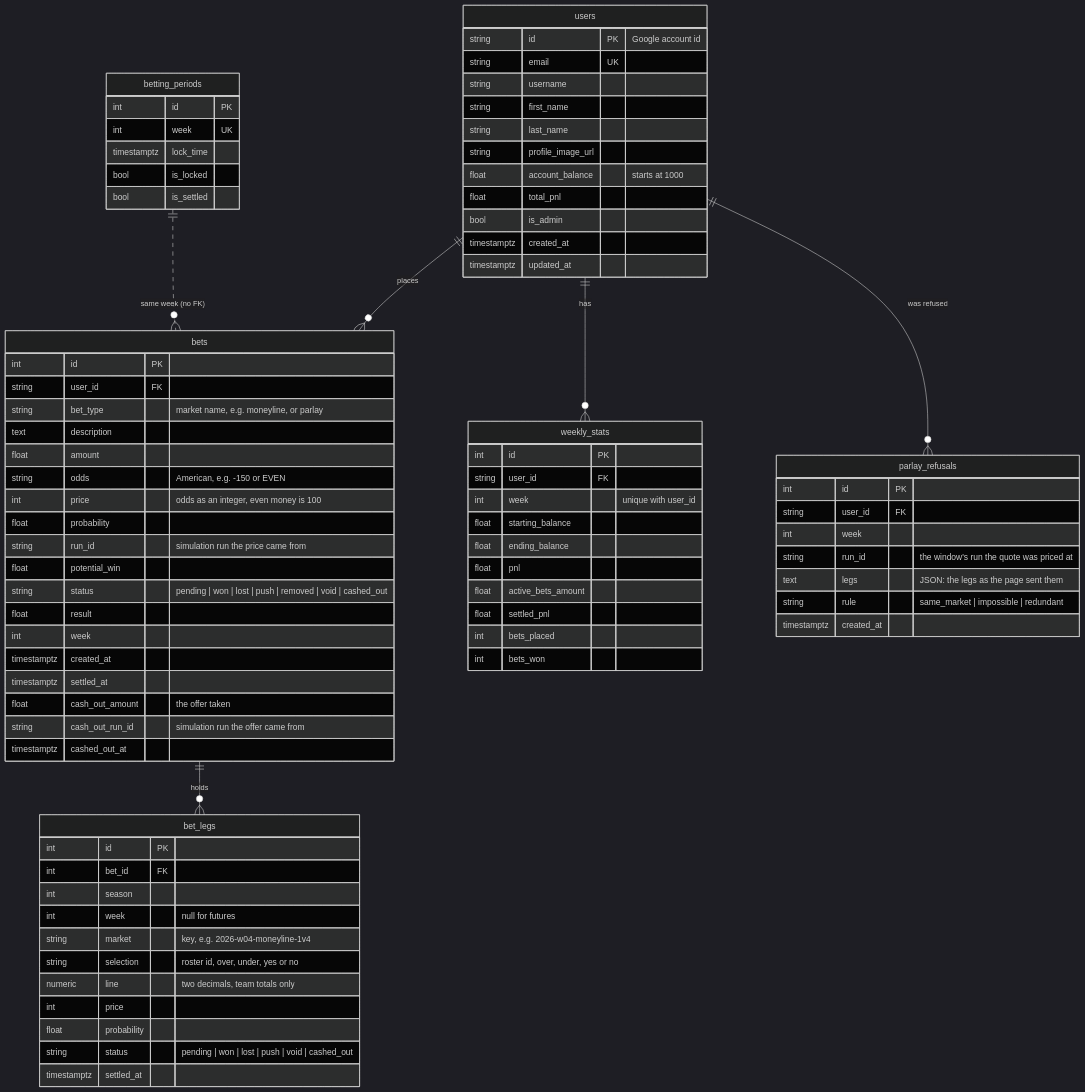
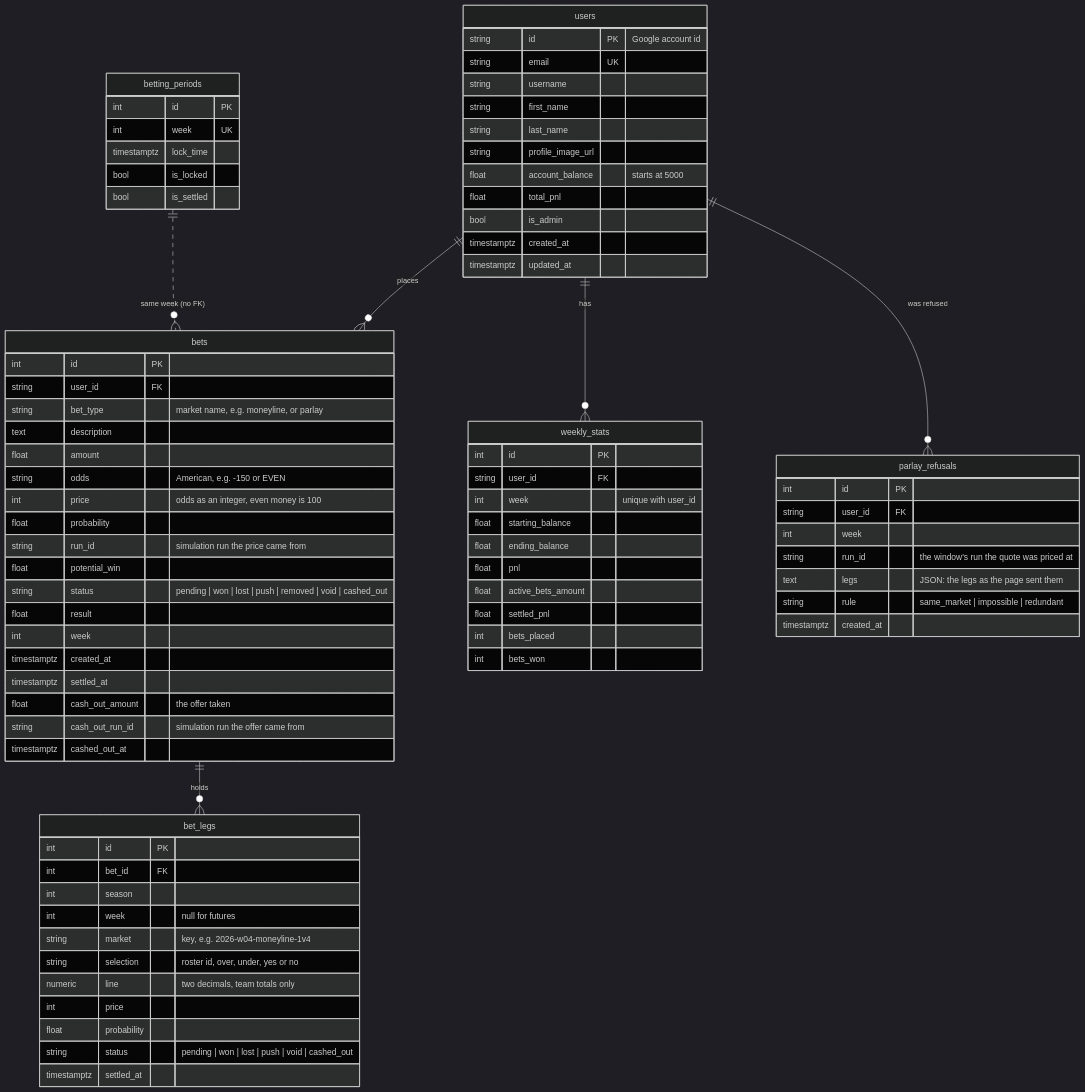
One commit to sfaizi24/TNCasino changed the second of 3 diagrams in docs/architecture/04-data-model.md. Above: the diagram before and after it, drawn with Mermaid (dark theme). The commit also changed 7 other files, not shown here.

```diff
--- a/docs/architecture/04-data-model.md
+++ b/docs/architecture/04-data-model.md
@@ -116,7 +116,7 @@
         string first_name
         string last_name
         string profile_image_url
-        float account_balance "starts at 1000"
+        float account_balance "starts at 5000"
         float total_pnl
         bool is_admin
         timestamptz created_at
```
